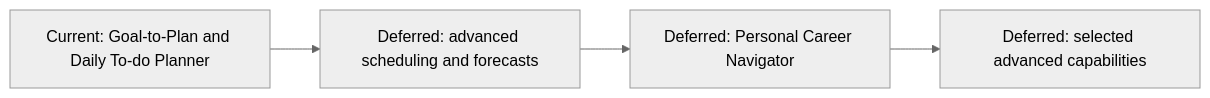
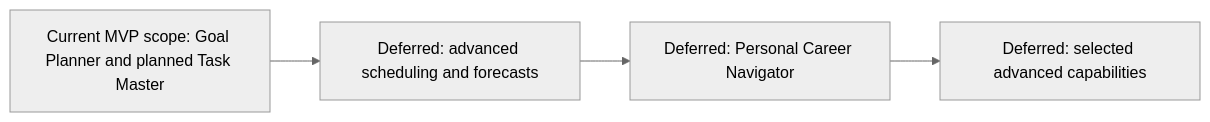
Before and after one commit to anweshasingh-dev/trajectory: the diagram in setup/Tasks.md, drawn with Mermaid (neutral theme). The commit also changed other lines of this file and 36 other files, not shown here.

Commit message:
implemented 2 parts of Task Master

````diff
--- a/setup/Tasks.md
+++ b/setup/Tasks.md
@@ -10,6 +10,6 @@
 ```mermaid
 flowchart LR
-    A[Current: Goal-to-Plan and Daily To-do Planner] --> B[Deferred: advanced scheduling and forecasts]
+    A[Current MVP scope: Goal Planner and planned Task Master] --> B[Deferred: advanced scheduling and forecasts]
     B --> C[Deferred: Personal Career Navigator]
     C --> D[Deferred: selected advanced capabilities]
 ```
````
